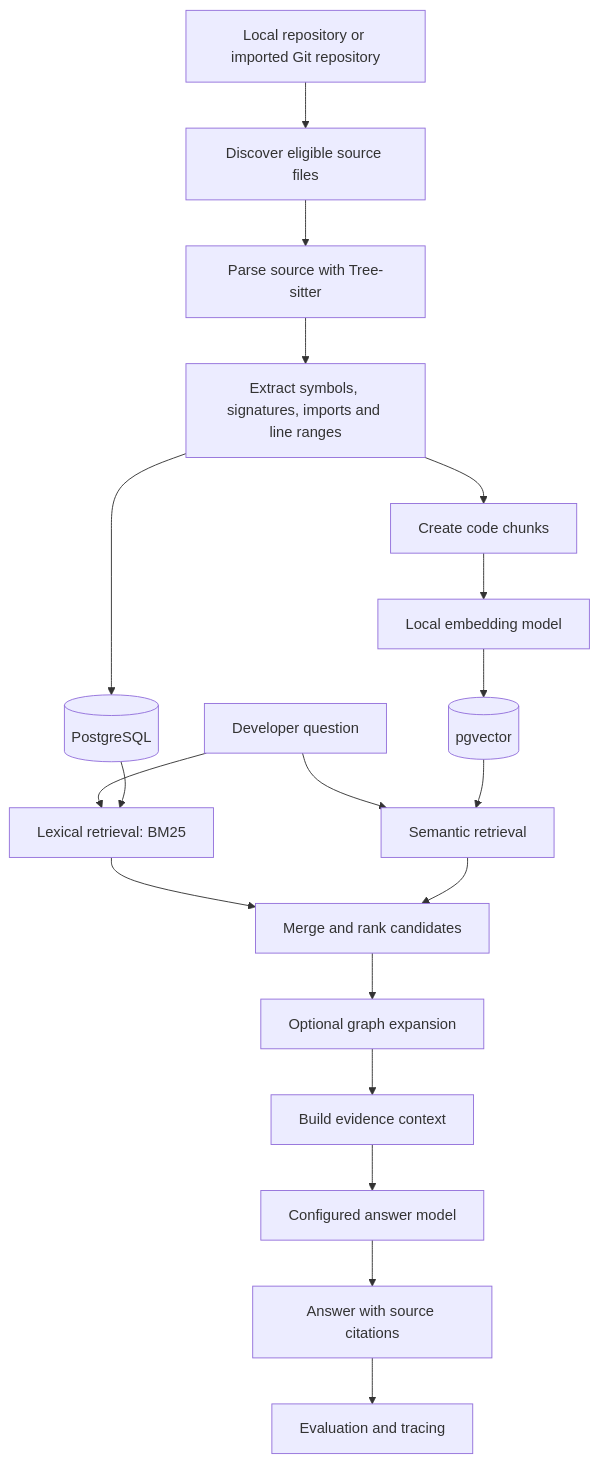
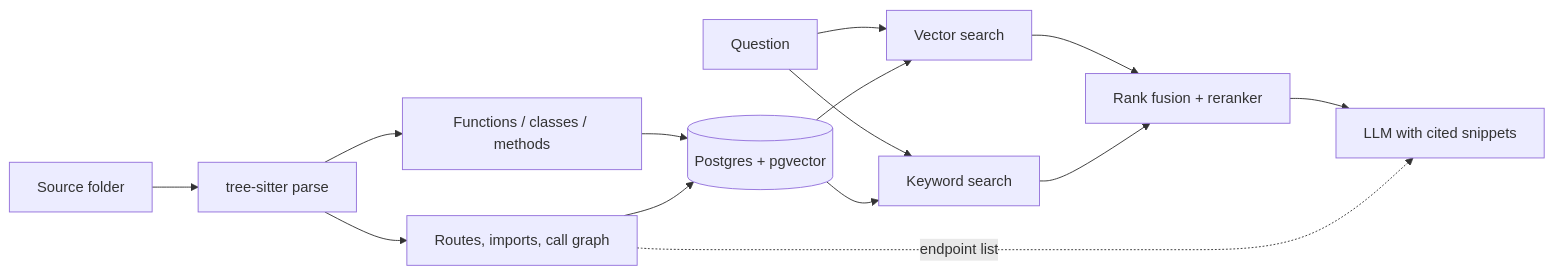
Before and after one commit to Ankitpatil944/RepoMind: the diagram in README.md, drawn with Mermaid. The commit also changed other lines of this file and 9 other files, not shown here.

````diff
--- a/README.md
+++ b/README.md
@@ -103,21 +111,16 @@
-``` mermaid
-flowchart TD
-    A["Local repository or imported Git repository"] --> B["Discover eligible source files"]
-    B --> C["Parse source with Tree-sitter"]
-    C --> D["Extract symbols, signatures, imports and line ranges"]
-    D --> E[("PostgreSQL")]
-    D --> F["Create code chunks"]
-    F --> G["Local embedding model"]
-    G --> H[("pgvector")]
-    I["Developer question"] --> J["Lexical retrieval: BM25"]
-    I --> K["Semantic retrieval"]
-    E --> J
-    H --> K
-    J --> L["Merge and rank candidates"]
-    K --> L
-    L --> M["Optional graph expansion"]
-    M --> N["Build evidence context"]
-    N --> O["Configured answer model"]
-    O --> P["Answer with source citations"]
-    P --> Q["Evaluation and tracing"]
+```mermaid
+flowchart LR
+    A[Source folder] --> B[tree-sitter parse]
+    B --> C[Functions / classes / methods]
+    B --> D[Routes, imports, call graph]
+    C --> E[(Postgres + pgvector)]
+    D --> E
+    Q[Question] --> F[Vector search]
+    Q --> G[Keyword search]
+    E --> F
+    E --> G
+    F --> H[Rank fusion + reranker]
+    G --> H
+    H --> I[LLM with cited snippets]
+    D -. endpoint list .-> I
 ```
````
